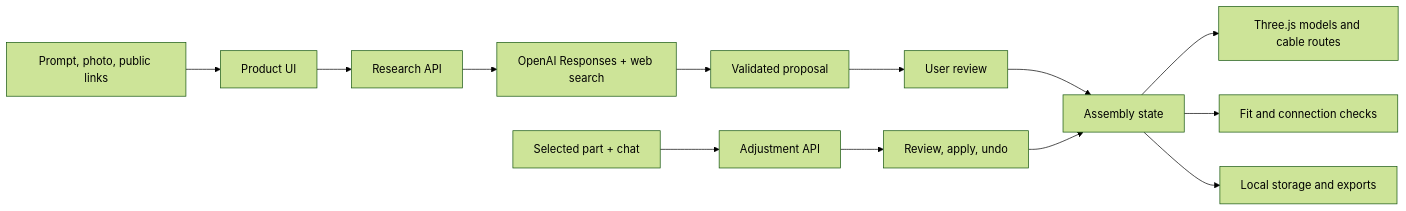
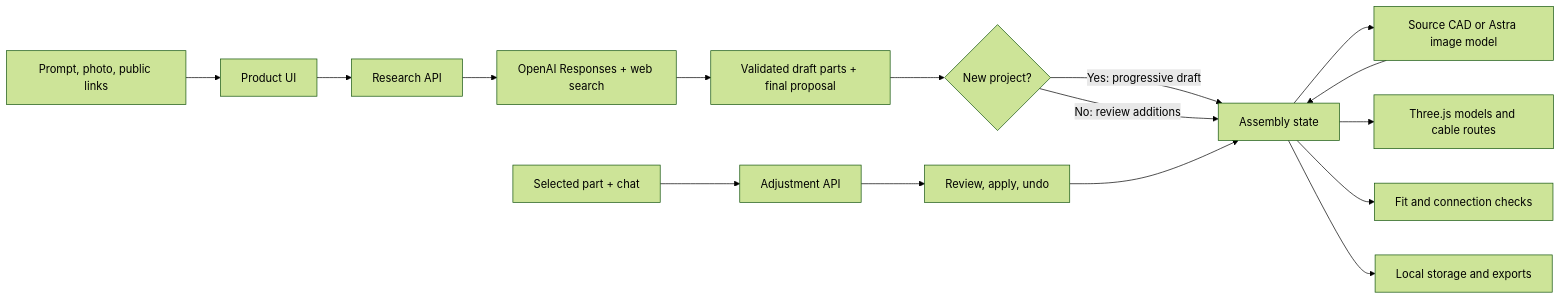
The diagram in docs/ARCHITECTURE.md (raulromero-dev/phygital-parts), drawn with Mermaid (forest theme) before and after one commit. The commit also changed other lines of this file and 32 other files, not shown here.

Commit message:
Build projects progressively in Codex with source CAD and image models

````diff
--- a/docs/ARCHITECTURE.md
+++ b/docs/ARCHITECTURE.md
@@ -10,15 +10,18 @@
 ```mermaid
 flowchart LR
   A[Prompt, photo, public links] --> B[Product UI]
   B --> C[Research API]
   C --> D[OpenAI Responses + web search]
-  D --> E[Validated proposal]
-  E --> F[User review]
-  F --> G[Assembly state]
+  D --> E[Validated draft parts + final proposal]
+  E --> F{New project?}
+  F -->|Yes: progressive draft| G[Assembly state]
+  F -->|No: review additions| G
+  G --> N[Source CAD or Astra image model]
+  N --> G
   G --> H[Three.js models and cable routes]
   G --> I[Fit and connection checks]
   G --> J[Local storage and exports]
   K[Selected part + chat] --> L[Adjustment API]
   L --> M[Review, apply, undo]
   M --> G
 ```
````
